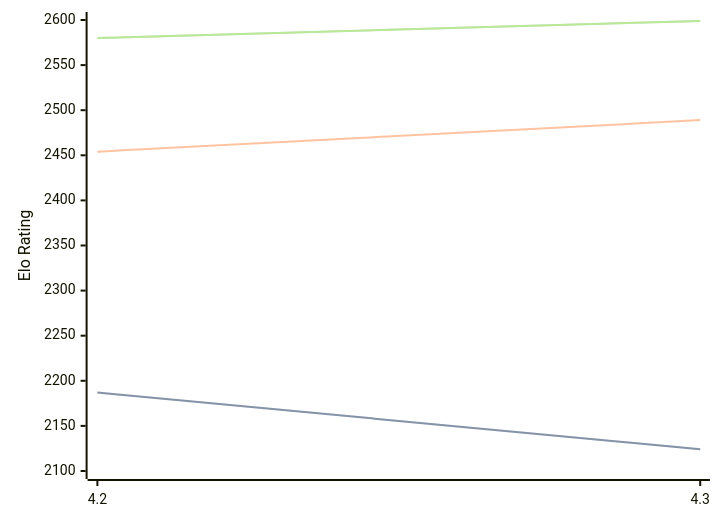
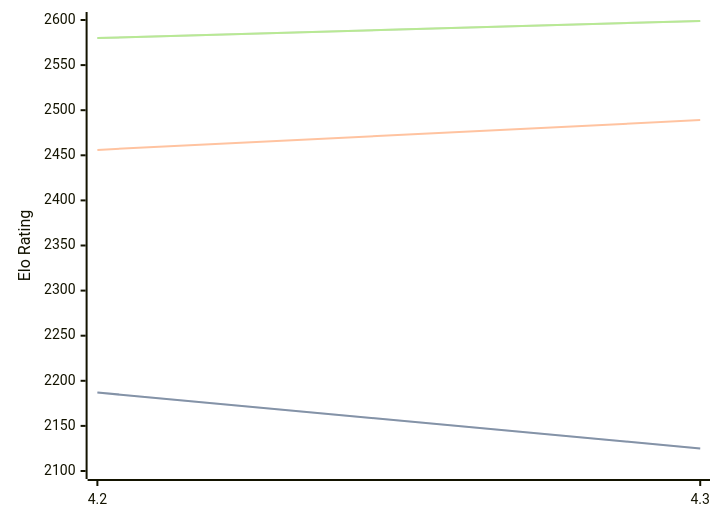
One commit to computer-chess-index/cci changed the diagram in engines/Eubos.md. Above: the diagram before and after it, drawn with Mermaid. The commit also changed other lines of this file, not shown here.

Commit message:
Update CCI Ratings (ELO VLTC) - 2026-04-02

````diff
--- a/engines/Eubos.md
+++ b/engines/Eubos.md
@@ -88,11 +88,11 @@
 ```mermaid
 %%{init: {"theme":"base","themeVariables":{"seriesColors:['#a3a3a3','#222221','#faa371']}}}%%
 xychart-beta
   x-axis ["4.2", "4.3"]
   y-axis "Elo Rating" 2100 --> 2600
-  line "STC (8.0+0.08s)" [2187, 2124]
-  line "STC (8.0+0.08s)" [2187, 2124]
-  line "LTC (60.0+0.60s)" [2454, 2489]
+  line "STC (8.0+0.08s)" [2187, 2125]
+  line "STC (8.0+0.08s)" [2187, 2125]
+  line "LTC (60.0+0.60s)" [2456, 2489]
   line "VLTC (2m24s+1.12s)" [2580, 2599]
   line "VLTC (2m24s+1.12s)" [2580, 2599]
 ```
````
